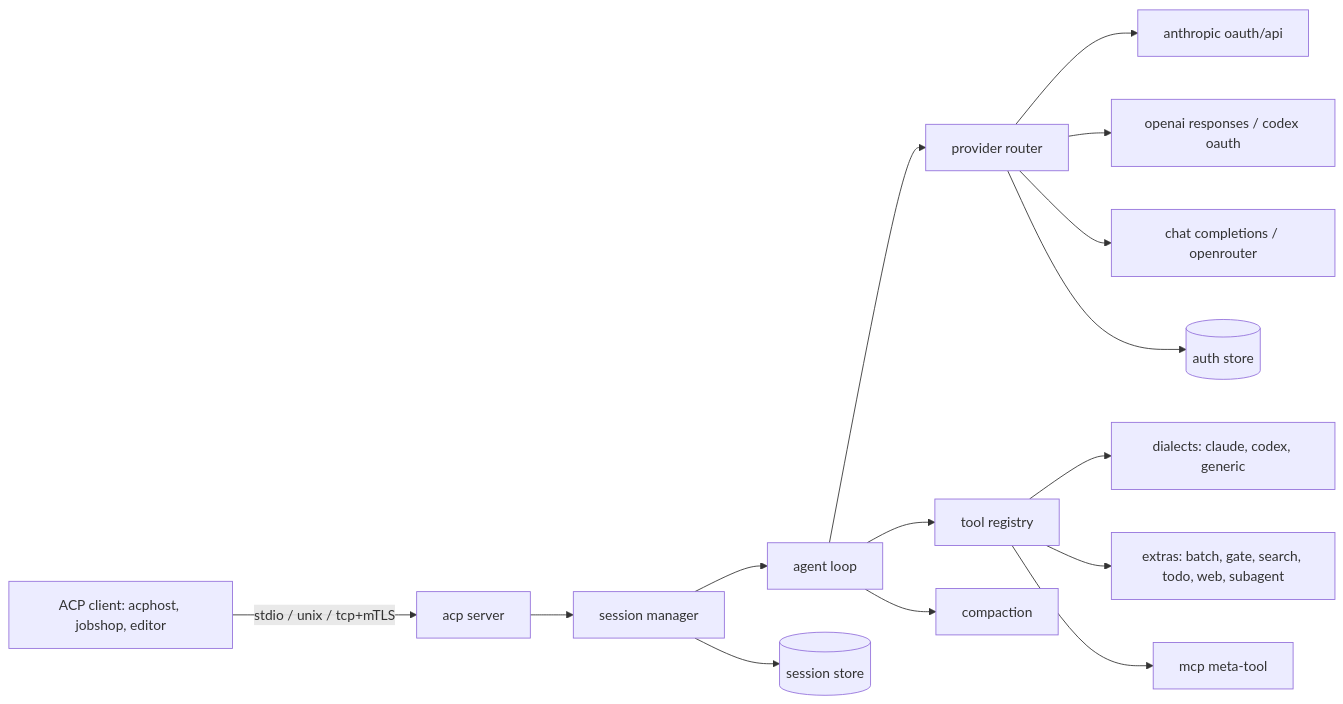
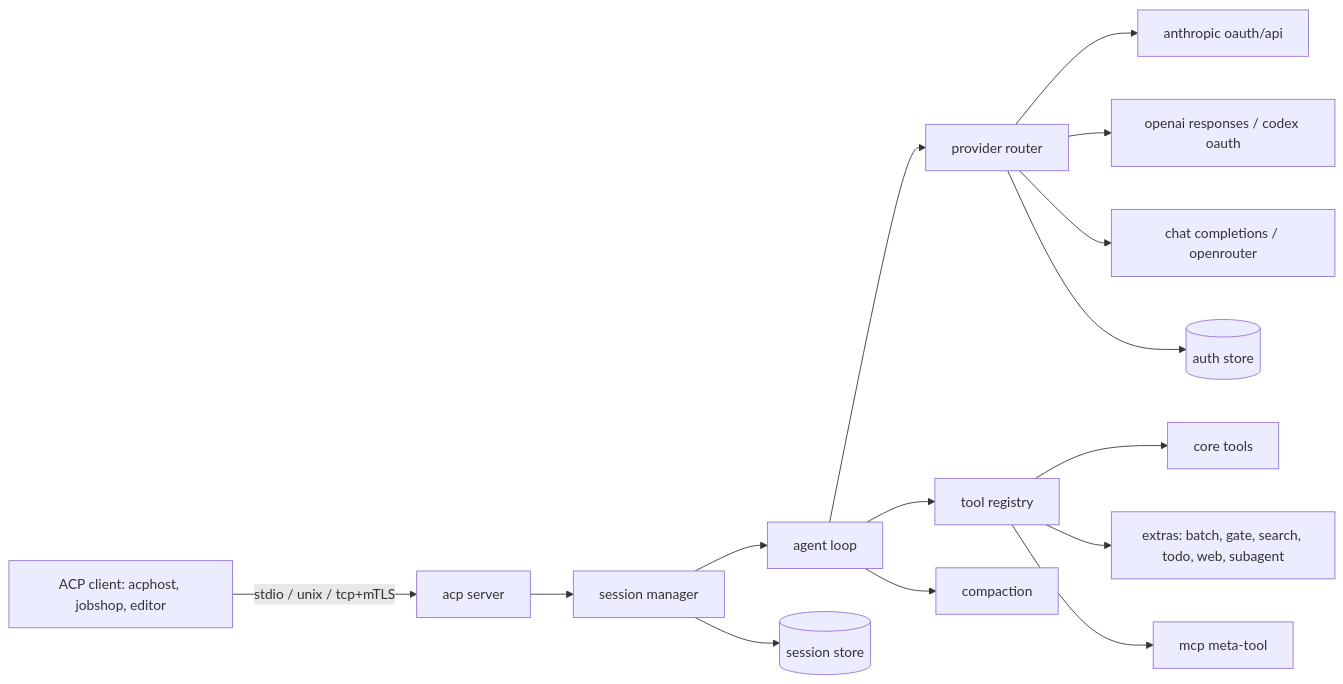
Before and after one commit to gfx-labs/towa: the diagram in docs/design.md, drawn with Mermaid. The commit also changed other lines of this file and 381 other files, not shown here.

````diff
--- a/docs/design.md
+++ b/docs/design.md
@@ -26,17 +26,17 @@
 ```mermaid
 flowchart LR
   client[ACP client: acphost, jobshop, editor] -->|stdio / unix / tcp+mTLS| acp[acp server]
   acp --> sess[session manager]
   sess --> loop[agent loop]
   loop --> prov[provider router]
   prov --> anth[anthropic oauth/api]
   prov --> oai[openai responses / codex oauth]
   prov --> cc[chat completions / openrouter]
   loop --> tools[tool registry]
-  tools --> dialect[dialects: claude, codex, generic]
+  tools --> core[core tools]
   tools --> extras[extras: batch, gate, search, todo, web, subagent]
   tools --> mcp[mcp meta-tool]
   loop --> compact[compaction]
   sess --> store[(session store)]
   prov --> auth[(auth store)]
 ```
````
